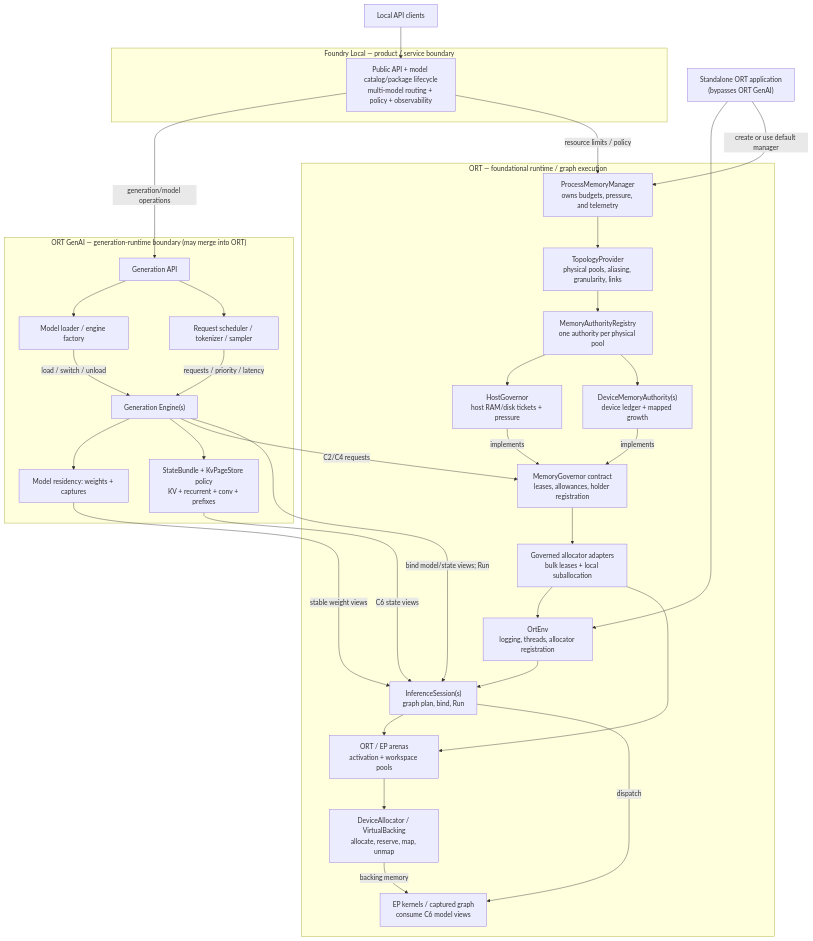
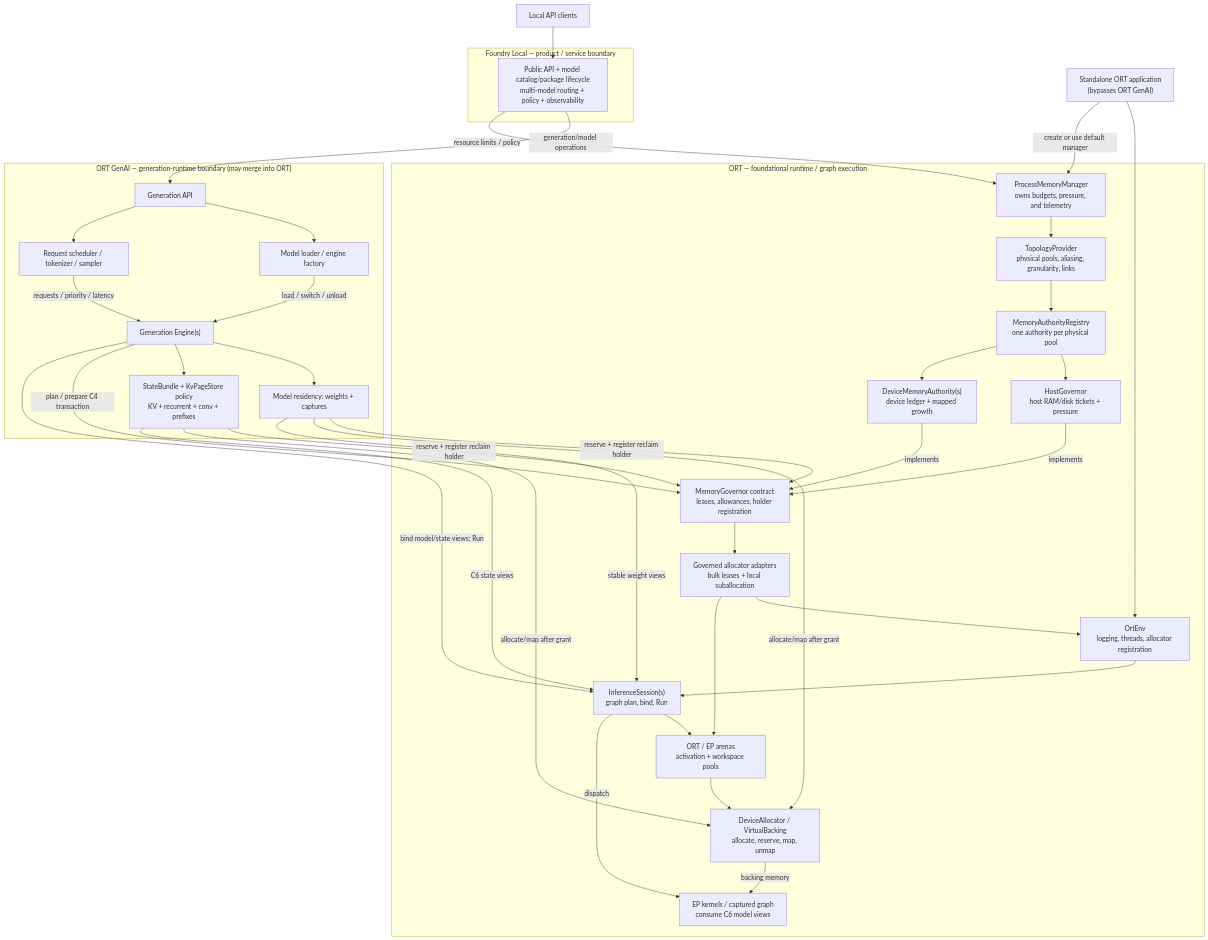
The first of 2 diagrams in docs/MEMORY_MANAGEMENT_MODEL_DESIGN.md (justinchuby/onnx-genai), drawn with Mermaid before and after one commit. The commit also changed other lines of this file, not shown here.

Commit message:
docs: show governed holder allocation flow

````diff
--- a/docs/MEMORY_MANAGEMENT_MODEL_DESIGN.md
+++ b/docs/MEMORY_MANAGEMENT_MODEL_DESIGN.md
@@ -56,62 +56,66 @@
 ```mermaid
 flowchart TD
     Client["Local API clients"] --> Foundry
     Standalone["Standalone ORT application<br/>(bypasses ORT GenAI)"]
 
     subgraph Product["Foundry Local — product / service boundary"]
         Foundry["Public API + model catalog/package lifecycle<br/>multi-model routing + policy + observability"]
     end
 
     subgraph Generation["ORT GenAI — generation-runtime boundary (may merge into ORT)"]
         GenApi["Generation API"]
         ModelRuntime["Model loader / engine factory"]
         RequestRuntime["Request scheduler / tokenizer / sampler"]
         Engine["Generation Engine(s)"]
         Weights["Model residency: weights + captures"]
         State["StateBundle + KvPageStore policy<br/>KV + recurrent + conv + prefixes"]
         GenApi --> ModelRuntime
         GenApi --> RequestRuntime
         ModelRuntime -->|"load / switch / unload"| Engine
         RequestRuntime -->|"requests / priority / latency"| Engine
         Engine --> Weights
         Engine --> State
     end
 
     subgraph ORTCore["ORT — foundational runtime / graph execution"]
         Memory["ProcessMemoryManager<br/>owns budgets, pressure, and telemetry"]
         Topology["TopologyProvider<br/>physical pools, aliasing, granularity, links"]
         Registry["MemoryAuthorityRegistry<br/>one authority per physical pool"]
         Host["HostGovernor<br/>host RAM/disk tickets + pressure"]
         Device["DeviceMemoryAuthority(s)<br/>device ledger + mapped growth"]
         LeaseAPI["MemoryGovernor contract<br/>leases, allowances, holder registration"]
         Adapters["Governed allocator adapters<br/>bulk leases + local suballocation"]
         Env["OrtEnv<br/>logging, threads, allocator registration"]
         Session["InferenceSession(s)<br/>graph plan, bind, Run"]
         Arenas["ORT / EP arenas<br/>activation + workspace pools"]
         Allocators["DeviceAllocator / VirtualBacking<br/>allocate, reserve, map, unmap"]
         Kernels["EP kernels / captured graph<br/>consume C6 model views"]
         Memory --> Topology
         Topology --> Registry
         Registry --> Host
         Registry --> Device
         Host -->|"implements"| LeaseAPI
         Device -->|"implements"| LeaseAPI
         LeaseAPI --> Adapters
         Adapters --> Env
         Env --> Session
         Adapters --> Arenas
         Session --> Arenas
         Arenas --> Allocators
         Session -->|"dispatch"| Kernels
         Allocators -->|"backing memory"| Kernels
     end
 
     Foundry -->|"generation/model operations"| GenApi
     Foundry -->|"resource limits / policy"| Memory
     Standalone --> Env
     Standalone -->|"create or use default manager"| Memory
-    Engine -->|"C2/C4 requests"| LeaseAPI
+    Engine -->|"plan / prepare C4 transaction"| LeaseAPI
+    Weights -->|"reserve + register reclaim holder"| LeaseAPI
+    State -->|"reserve + register reclaim holder"| LeaseAPI
+    Weights -->|"allocate/map after grant"| Allocators
+    State -->|"allocate/map after grant"| Allocators
     Engine -->|"bind model/state views; Run"| Session
     Weights -->|"stable weight views"| Session
     State -->|"C6 state views"| Session
 ```
````
